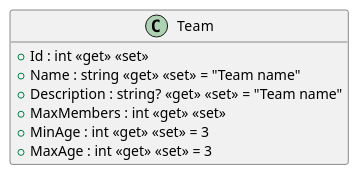
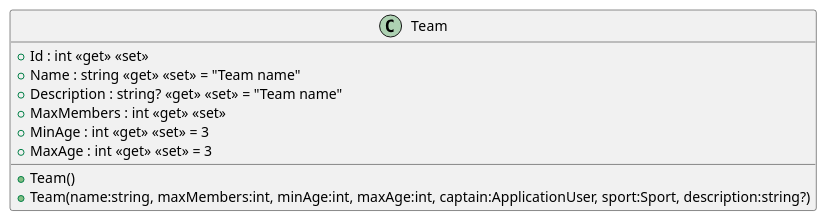
Before and after one commit to ISII2627Erasmus/Barca: the diagram in src/AppForSEII.API/ClassDiagram/Team.puml, drawn with PlantUML. The commit also changed 20 other files, not shown here.

```diff
--- a/src/AppForSEII.API/ClassDiagram/Team.puml
+++ b/src/AppForSEII.API/ClassDiagram/Team.puml
@@ -1,12 +1,12 @@
 @startuml
-hide methods
 class Team {
+    + Team()
+    + Team(name:string, maxMembers:int, minAge:int, maxAge:int, captain:ApplicationUser, sport:Sport, description:string?)
     + Id : int <<get>> <<set>>
     + Name : string <<get>> <<set>> = "Team name"
     + Description : string? <<get>> <<set>> = "Team name"
     + MaxMembers : int <<get>> <<set>>
     + MinAge : int <<get>> <<set>> = 3
     + MaxAge : int <<get>> <<set>> = 3
 }
-
 @enduml
```
